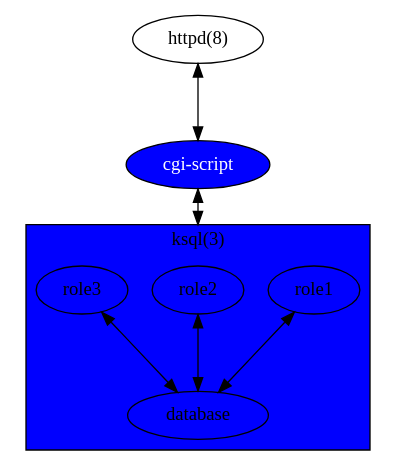
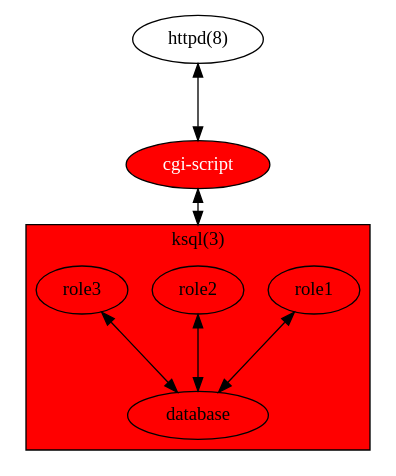
One commit to kristapsdz/bchs changed the diagram in auditing-fig3.dot. Above: the diagram before and after it, drawn with Graphviz. The commit also changed 7 other files, not shown here.

```diff
--- a/auditing-fig3.dot
+++ b/auditing-fig3.dot
@@ -1,18 +1,18 @@
 digraph auditing {
 	graph [compound=true, rankdir=tb, rank="min", ranksep="0.8 equally"];
 	network[label="httpd(8)"];
-	app[label="cgi-script", fillcolor="blue", style="filled", fontcolor="white"];
+	app[label="cgi-script", fillcolor="red", style="filled", fontcolor="white"];
 	network -> app[dir="both"];
 	subgraph cluster_0 {
 		label="ksql(3)";
-		bgcolor="blue";
+		bgcolor="red";
 		database[label="database"];
 		role1;
 		role2;
 		role3;
 		role1 -> database[dir="both"];
 		role2 -> database[dir="both"];
 		role3 -> database[dir="both"];
 	}
 	app -> role2[lhead="cluster_0", dir="both"];
 }
```
